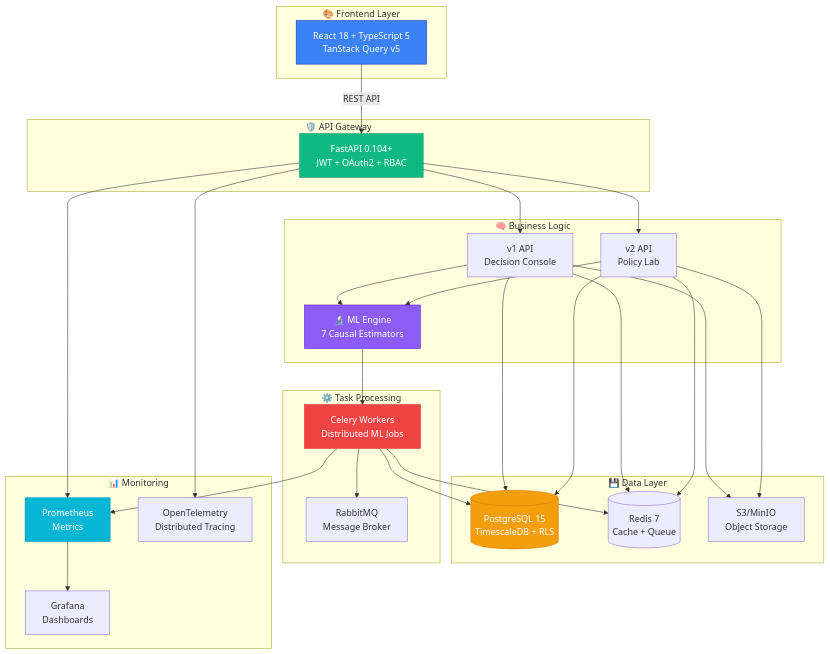
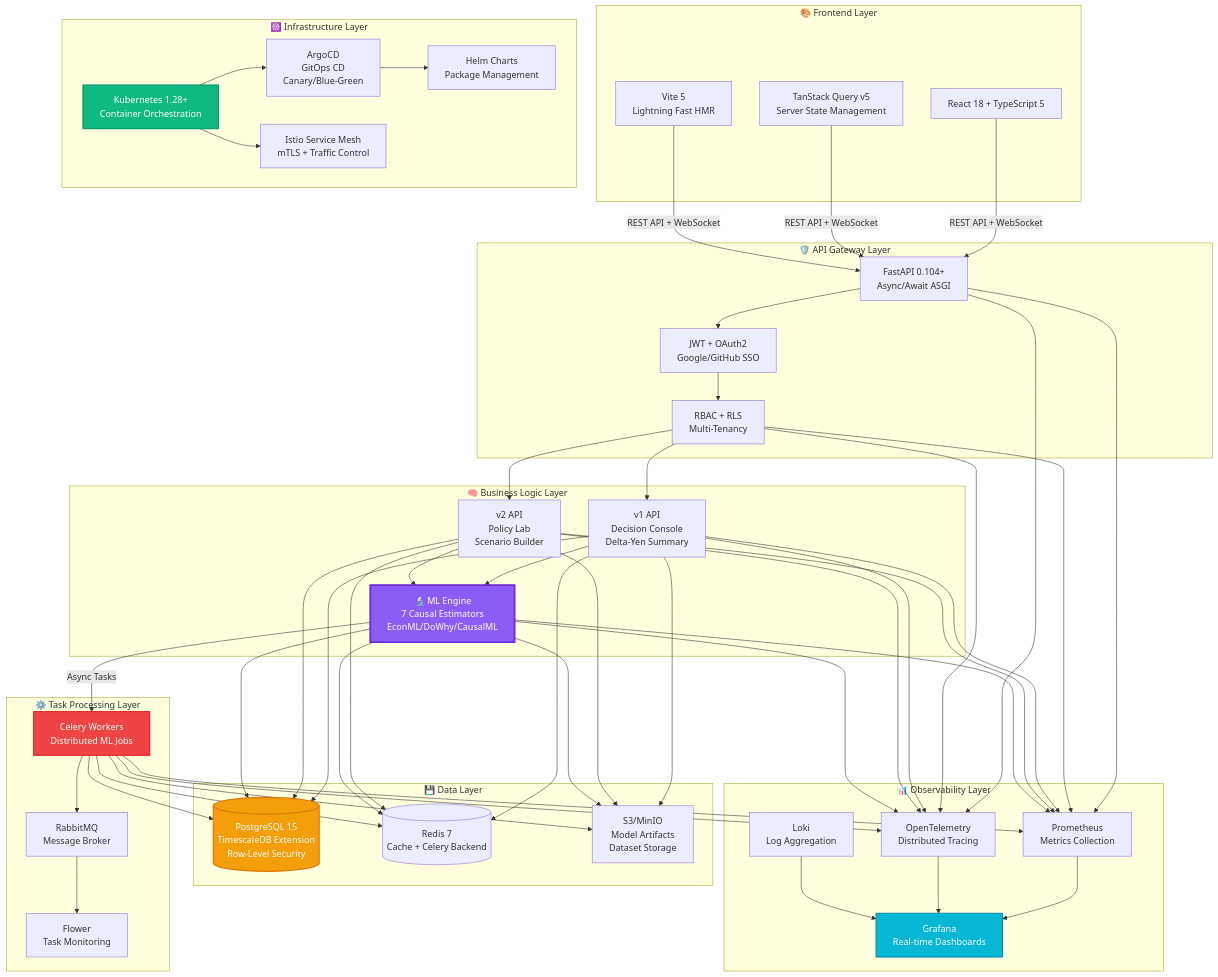
Before and after one commit to onodera22ten/CQOx_gen: the third of 3 diagrams in README.md, drawn with Mermaid. The commit also changed other lines of this file, not shown here.

````diff
--- a/README.md
+++ b/README.md
@@ -462,51 +594,67 @@
 ```mermaid
 graph TB
     subgraph "🎨 Frontend Layer"
-        A[React 18 + TypeScript 5<br/>TanStack Query v5]
+        A1[React 18 + TypeScript 5]
+        A2[TanStack Query v5<br/>Server State Management]
+        A3[Vite 5<br/>Lightning Fast HMR]
     end
 
-    subgraph "🛡️ API Gateway"
-        B[FastAPI 0.104+<br/>JWT + OAuth2 + RBAC]
+    subgraph "🛡️ API Gateway Layer"
+        B1[FastAPI 0.104+<br/>Async/Await ASGI]
+        B2[JWT + OAuth2<br/>Google/GitHub SSO]
+        B3[RBAC + RLS<br/>Multi-Tenancy]
     end
 
-    subgraph "🧠 Business Logic"
-        C1[v1 API<br/>Decision Console]
-        C2[v2 API<br/>Policy Lab]
-        C3[🔬 ML Engine<br/>7 Causal Estimators]
+    subgraph "🧠 Business Logic Layer"
+        C1[v1 API<br/>Decision Console<br/>Delta-Yen Summary]
+        C2[v2 API<br/>Policy Lab<br/>Scenario Builder]
+        C3[🔬 ML Engine<br/>7 Causal Estimators<br/>EconML/DoWhy/CausalML]
     end
 
     subgraph "💾 Data Layer"
-        D1[(PostgreSQL 15<br/>TimescaleDB + RLS)]
-        D2[(Redis 7<br/>Cache + Queue)]
-        D3[S3/MinIO<br/>Object Storage]
+        D1[(PostgreSQL 15<br/>TimescaleDB Extension<br/>Row-Level Security)]
+        D2[(Redis 7<br/>Cache + Celery Backend)]
+        D3[S3/MinIO<br/>Model Artifacts<br/>Dataset Storage]
     end
 
-    subgraph "⚙️ Task Processing"
+    subgraph "⚙️ Task Processing Layer"
         E1[Celery Workers<br/>Distributed ML Jobs]
         E2[RabbitMQ<br/>Message Broker]
+        E3[Flower<br/>Task Monitoring]
     end
 
-    subgraph "📊 Monitoring"
-        F1[Prometheus<br/>Metrics]
-        F2[Grafana<br/>Dashboards]
+    subgraph "📊 Observability Layer"
+        F1[Prometheus<br/>Metrics Collection]
+        F2[Grafana<br/>Real-time Dashboards]
         F3[OpenTelemetry<br/>Distributed Tracing]
+        F4[Loki<br/>Log Aggregation]
     end
 
-    A -->|REST API| B
-    B --> C1 & C2
+    subgraph "☸️ Infrastructure Layer"
+        G1[Kubernetes 1.28+<br/>Container Orchestration]
+        G2[ArgoCD<br/>GitOps CD<br/>Canary/Blue-Green]
+        G3[Helm Charts<br/>Package Management]
+        G4[Istio Service Mesh<br/>mTLS + Traffic Control]
+    end
+
+    A1 & A2 & A3 -->|REST API + WebSocket| B1
+    B1 --> B2 --> B3
+    B3 --> C1 & C2
     C1 & C2 --> C3
-    C3 --> E1
-    E1 --> E2
-    C1 & C2 --> D1 & D2 & D3
-    E1 --> D1 & D2
-    B --> F1 & F3
-    E1 --> F1
+    C3 -->|Async Tasks| E1
+    E1 --> E2 --> E3
+    C1 & C2 & C3 --> D1 & D2 & D3
+    E1 --> D1 & D2 & D3
+    B1 & B3 & C1 & C2 & C3 & E1 --> F1 & F3
     F1 --> F2
+    F3 --> F2
+    F4 --> F2
+    G1 --> G2 --> G3
+    G1 --> G4
 
-    style A fill:#3b82f6,stroke:#1e40af,color:#fff
-    style B fill:#10b981,stroke:#059669,color:#fff
-    style C3 fill:#8b5cf6,stroke:#6d28d9,color:#fff
-    style D1 fill:#f59e0b,stroke:#d97706,color:#fff
-    style E1 fill:#ef4444,stroke:#dc2626,color:#fff
-    style F1 fill:#06b6d4,stroke:#0891b2,color:#fff
+    style C3 fill:#8b5cf6,stroke:#6d28d9,color:#fff,stroke-width:3px
+    style D1 fill:#f59e0b,stroke:#d97706,color:#fff,stroke-width:2px
+    style E1 fill:#ef4444,stroke:#dc2626,color:#fff,stroke-width:2px
+    style F2 fill:#06b6d4,stroke:#0891b2,color:#fff,stroke-width:2px
+    style G1 fill:#10b981,stroke:#059669,color:#fff,stroke-width:2px
 ```
````
